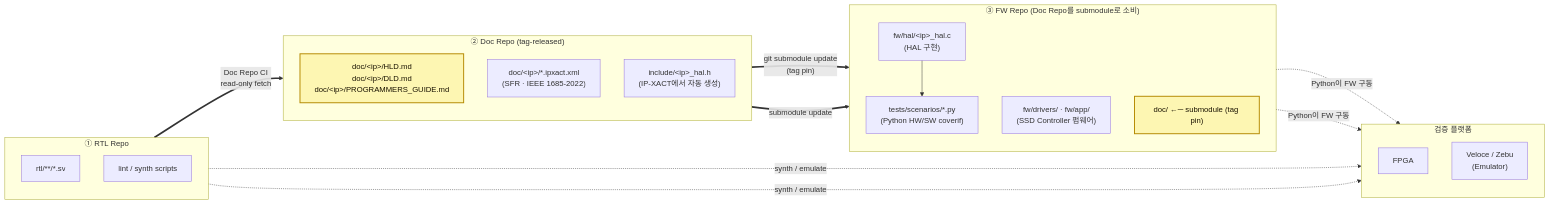
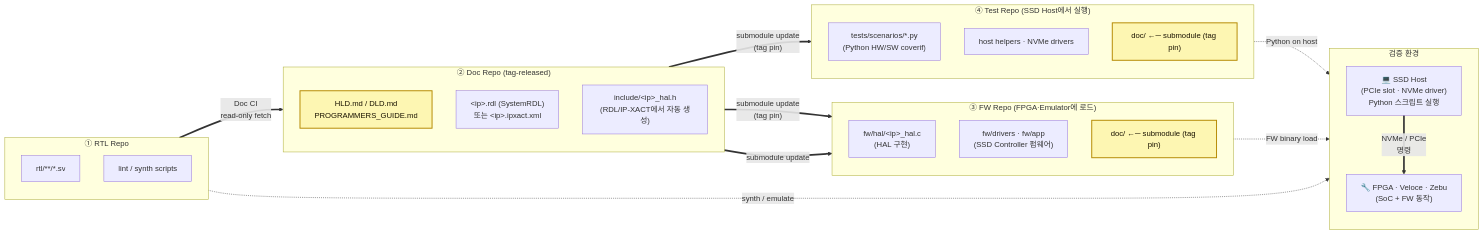
The diagram in docs/proposal/02-proposal.md (k31001/ssd-soc-cfg-mngt), drawn with Mermaid before and after one commit. The commit also changed other lines of this file and 8 other files, not shown here.

First line of the commit message:
docs(proposal): 4-repo (RTL/Doc/FW/Test) + SSD Host + SystemRDL/Word·Excel 마이그레이션

````diff
--- a/docs/proposal/02-proposal.md
+++ b/docs/proposal/02-proposal.md
@@ -12,40 +13,46 @@
 ```mermaid
 flowchart LR
     subgraph R1["① RTL Repo"]
       direction TB
       r1a[rtl/**/*.sv]
       r1b["lint / synth scripts"]
     end
 
     subgraph R2["② Doc Repo (tag-released)"]
       direction TB
-      r2a["doc/&lt;ip&gt;/HLD.md<br/>doc/&lt;ip&gt;/DLD.md<br/>doc/&lt;ip&gt;/PROGRAMMERS_GUIDE.md"]:::contract
-      r2b["doc/&lt;ip&gt;/*.ipxact.xml<br/>(SFR · IEEE 1685-2022)"]
-      r2c["include/&lt;ip&gt;_hal.h<br/>(IP-XACT에서 자동 생성)"]
+      r2a["HLD.md / DLD.md<br/>PROGRAMMERS_GUIDE.md"]:::contract
+      r2b["&lt;ip&gt;.rdl (SystemRDL)<br/>또는 &lt;ip&gt;.ipxact.xml"]
+      r2c["include/&lt;ip&gt;_hal.h<br/>(RDL/IP-XACT에서 자동 생성)"]
     end
 
-    subgraph R3["③ FW Repo (Doc Repo를 submodule로 소비)"]
+    subgraph R3["③ FW Repo (FPGA·Emulator에 로드)"]
       direction TB
       r3a["fw/hal/&lt;ip&gt;_hal.c<br/>(HAL 구현)"]
-      r3b["fw/drivers/ · fw/app/<br/>(SSD Controller 펌웨어)"]
-      r3c["tests/scenarios/*.py<br/>(Python HW/SW coverif)"]
-      r3d["doc/ ←─ submodule (tag pin)"]:::contract
+      r3b["fw/drivers · fw/app<br/>(SSD Controller 펌웨어)"]
+      r3c["doc/ ←─ submodule (tag pin)"]:::contract
     end
 
-    subgraph HW["검증 플랫폼"]
+    subgraph R4["④ Test Repo (SSD Host에서 실행)"]
       direction TB
-      hw1[FPGA]
-      hw2["Veloce / Zebu<br/>(Emulator)"]
+      r4a["tests/scenarios/*.py<br/>(Python HW/SW coverif)"]
+      r4b["host helpers · NVMe drivers"]
+      r4c["doc/ ←─ submodule (tag pin)"]:::contract
     end
 
-    r1a -. "synth / emulate" .-> hw1
-    r1a -. "synth / emulate" .-> hw2
-    r1a ==>|"Doc Repo CI<br/>read-only fetch"| r2a
-    r2a ==>|"git submodule update<br/>(tag pin)"| r3d
+    subgraph HW["검증 환경"]
+      direction TB
+      HOST["💻 SSD Host<br/>(PCIe slot · NVMe driver)<br/>Python 스크립트 실행"]
+      PLAT["🔧 FPGA · Veloce · Zebu<br/>(SoC + FW 동작)"]
+    end
+
+    r1a -. "synth / emulate" .-> PLAT
+    r1a ==>|"Doc CI<br/>read-only fetch"| r2a
+    r2a ==>|"submodule update<br/>(tag pin)"| r3c
     r2c ==>|"submodule update"| r3a
-    r3a --> r3c
-    r3c -. "Python이 FW 구동" .-> hw1
-    r3c -. "Python이 FW 구동" .-> hw2
+    r2a ==>|"submodule update<br/>(tag pin)"| r4c
+    r3a -. "FW binary load" .-> PLAT
+    r4a -. "Python on host" .-> HOST
+    HOST ==>|"NVMe / PCIe<br/>명령"| PLAT
 
     classDef contract fill:#fdf6b2,stroke:#b58900,stroke-width:2px,color:#1a1300;
 ```
````
